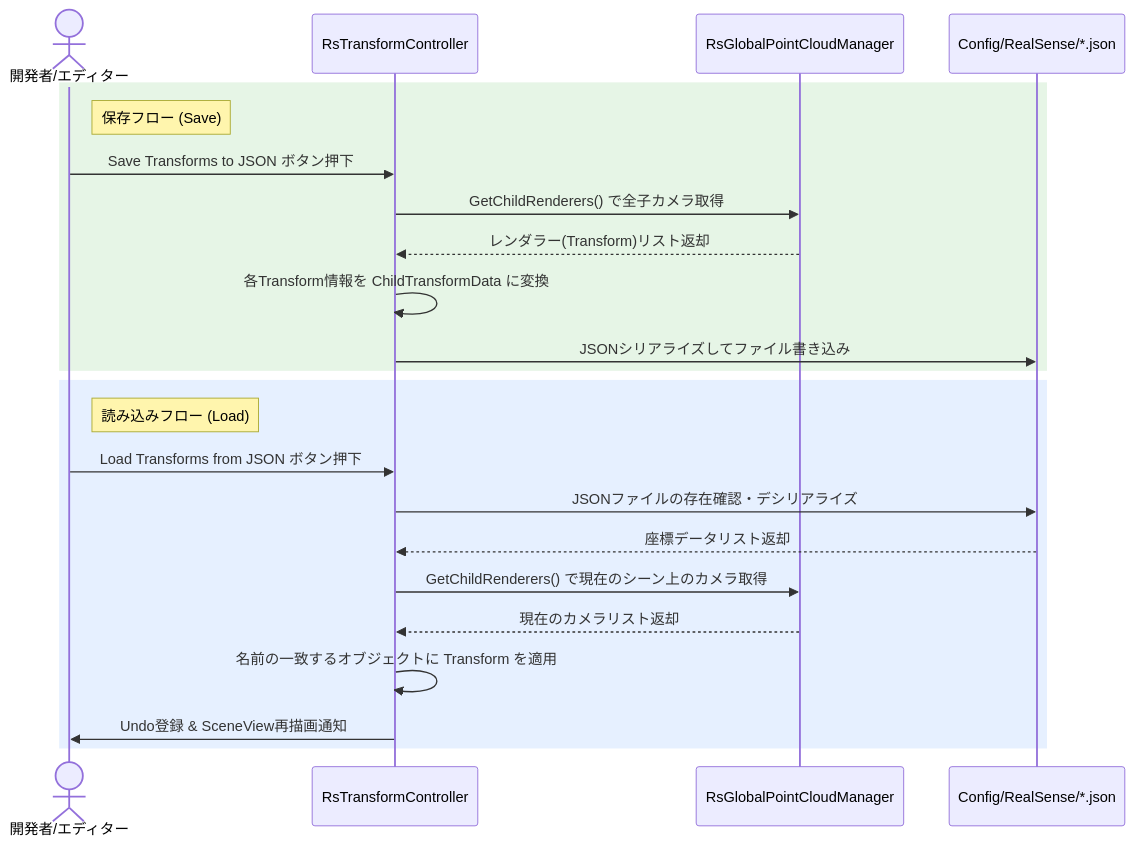
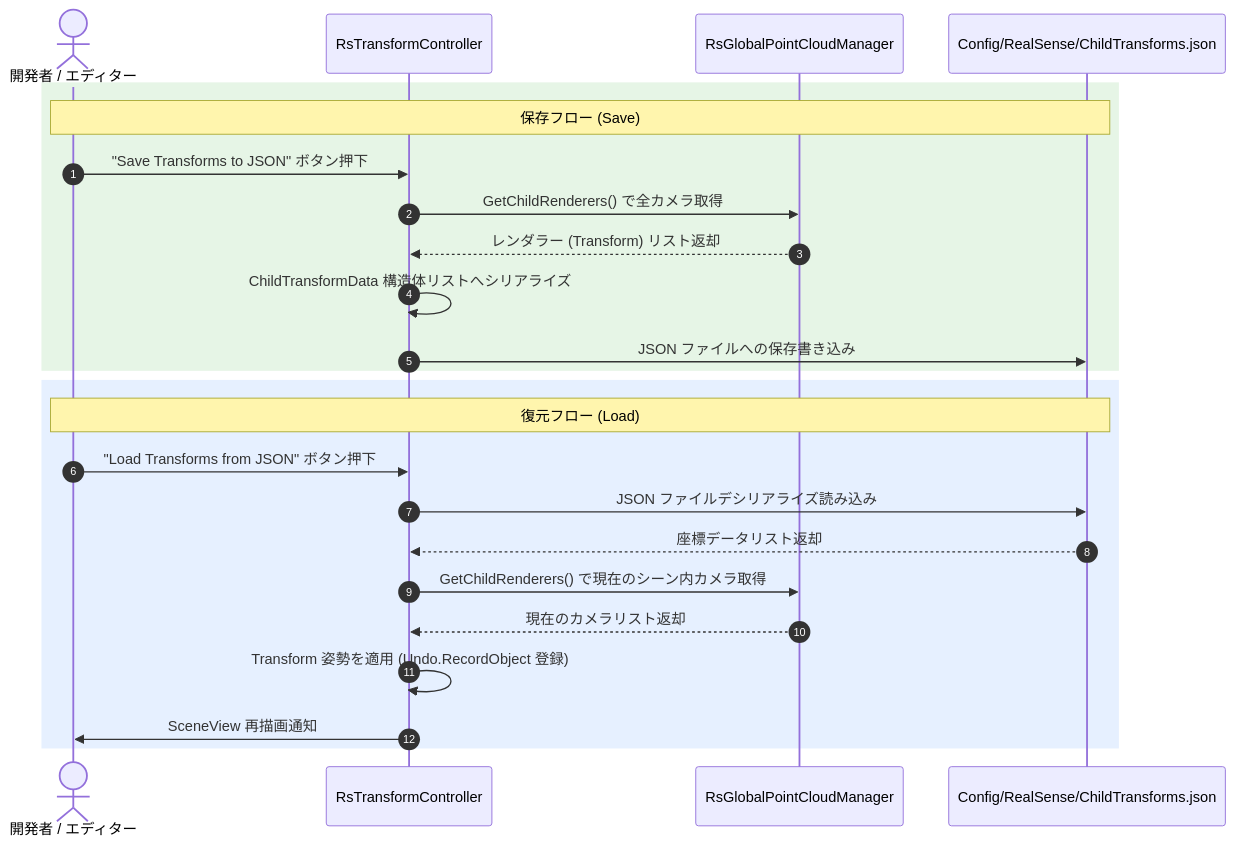
One commit to kotetsuOU/HandTrakingDemo changed the second of 2 diagrams in Docs/Initialization.md. Above: the diagram before and after it, drawn with Mermaid. The commit also changed other lines of this file and 20 other files, not shown here.

````diff
--- a/Docs/Initialization.md
+++ b/Docs/Initialization.md
@@ -36,27 +56,28 @@
 ```mermaid
 sequenceDiagram
-    actor Developer as 開発者/エディター
+    autonumber
+    actor Developer as 開発者 / エディター
     participant TC as RsTransformController
     participant GM as RsGlobalPointCloudManager
-    participant Disk as Config/RealSense/*.json
+    participant Disk as Config/RealSense/ChildTransforms.json
 
     rect rgb(230, 245, 230)
-    note right of Developer: 保存フロー (Save)
-    Developer->>TC: Save Transforms to JSON ボタン押下
-    TC->>GM: GetChildRenderers() で全子カメラ取得
-    GM-->>TC: レンダラー(Transform)リスト返却
-    TC->>TC: 各Transform情報を ChildTransformData に変換
-    TC->>Disk: JSONシリアライズしてファイル書き込み
+    Note over Developer, Disk: 保存フロー (Save)
+    Developer->>TC: "Save Transforms to JSON" ボタン押下
+    TC->>GM: GetChildRenderers() で全カメラ取得
+    GM-->>TC: レンダラー (Transform) リスト返却
+    TC->>TC: ChildTransformData 構造体リストへシリアライズ
+    TC->>Disk: JSON ファイルへの保存書き込み
     end
 
     rect rgb(230, 240, 255)
-    note right of Developer: 読み込みフロー (Load)
-    Developer->>TC: Load Transforms from JSON ボタン押下
-    TC->>Disk: JSONファイルの存在確認・デシリアライズ
+    Note over Developer, Disk: 復元フロー (Load)
+    Developer->>TC: "Load Transforms from JSON" ボタン押下
+    TC->>Disk: JSON ファイルデシリアライズ読み込み
     Disk-->>TC: 座標データリスト返却
-    TC->>GM: GetChildRenderers() で現在のシーン上のカメラ取得
+    TC->>GM: GetChildRenderers() で現在のシーン内カメラ取得
     GM-->>TC: 現在のカメラリスト返却
-    TC->>TC: 名前の一致するオブジェクトに Transform を適用
-    TC->>Developer: Undo登録 & SceneView再描画通知
+    TC->>TC: Transform 姿勢を適用 (Undo.RecordObject 登録)
+    TC->>Developer: SceneView 再描画通知
     end
 ```
````
